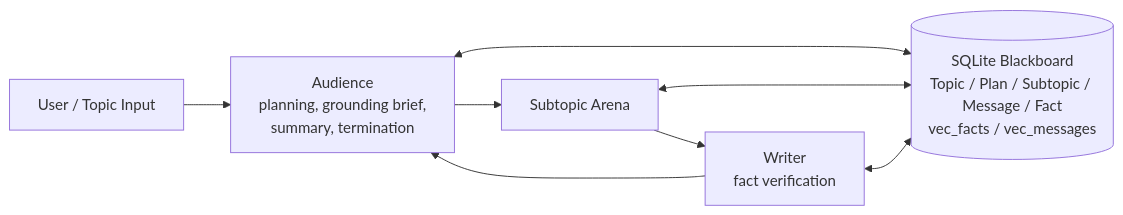
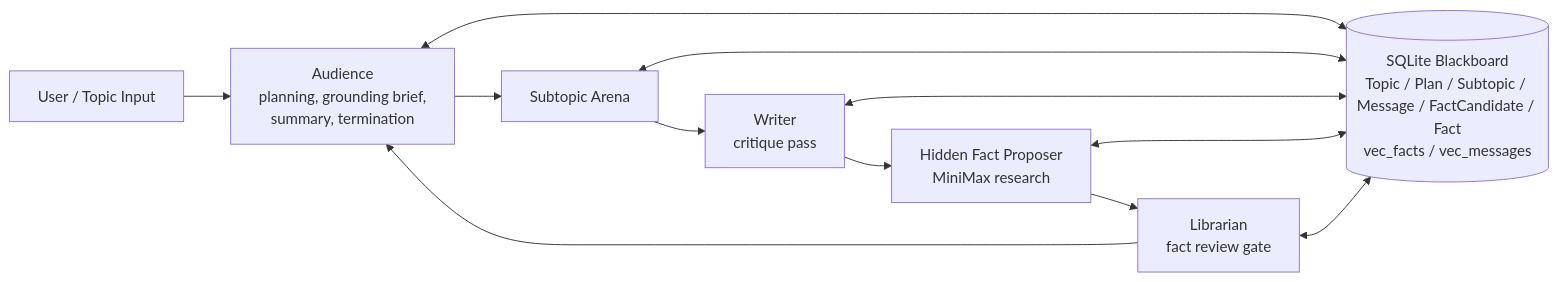
The first of 2 diagrams in README.md (G-R-O-X/Grox_chat), drawn with Mermaid before and after one commit. The commit also changed other lines of this file and 3 other files, not shown here.

````diff
--- a/README.md
+++ b/README.md
@@ -30,13 +36,17 @@
 ```mermaid
 flowchart LR
     User[User / Topic Input] --> Audience[Audience<br/>planning, grounding brief,<br/>summary, termination]
     Audience --> Arena[Subtopic Arena]
-    Arena --> Writer[Writer<br/>fact verification]
-    Writer --> Audience
+    Arena --> Writer[Writer<br/>critique pass]
+    Writer --> Proposer[Hidden Fact Proposer<br/>MiniMax research]
+    Proposer --> Librarian[Librarian<br/>fact review gate]
+    Librarian --> Audience
 
-    Memory[(SQLite Blackboard<br/>Topic / Plan / Subtopic / Message / Fact<br/>vec_facts / vec_messages)]
+    Memory[(SQLite Blackboard<br/>Topic / Plan / Subtopic / Message / FactCandidate / Fact<br/>vec_facts / vec_messages)]
 
     Audience <--> Memory
     Arena <--> Memory
     Writer <--> Memory
+    Proposer <--> Memory
+    Librarian <--> Memory
 ```
````
